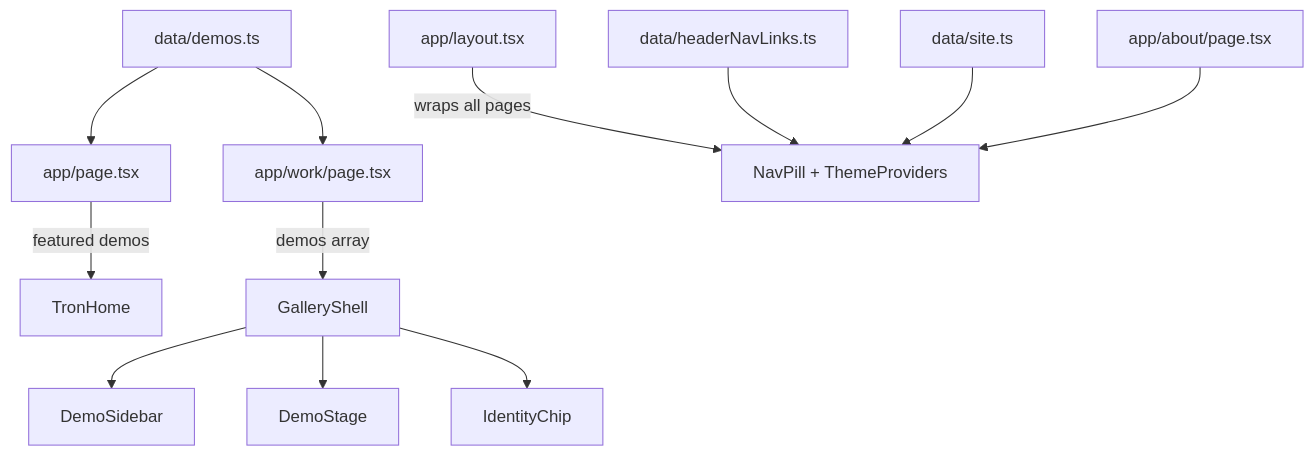
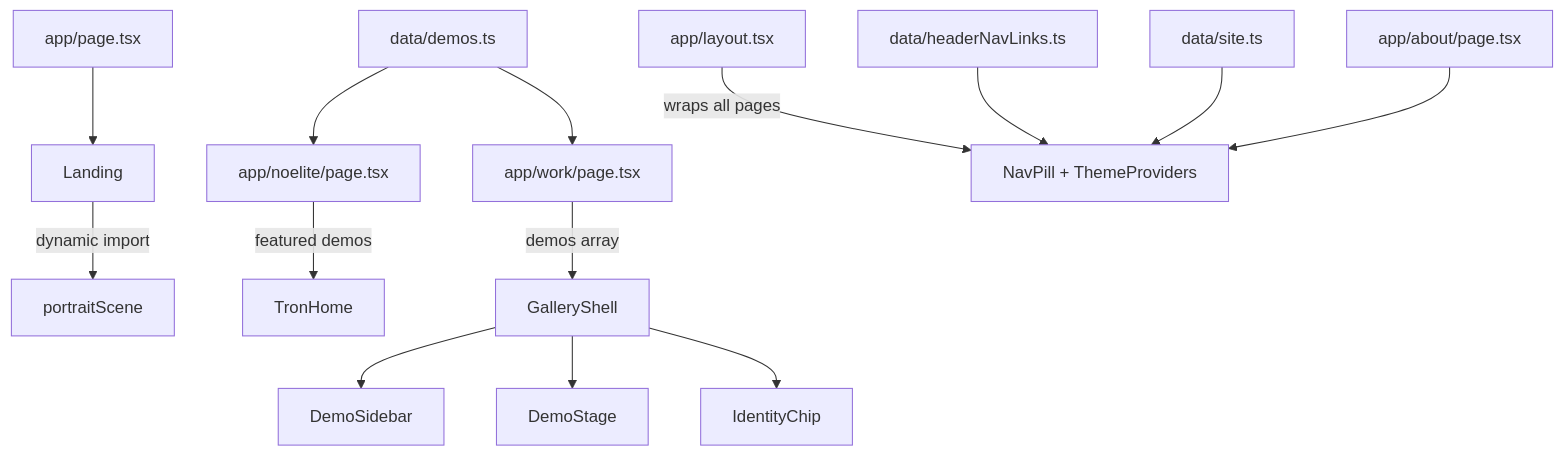
Before and after one commit to noowxela/portfolio: the diagram in docs/file-structure.md, drawn with Mermaid. The commit also changed other lines of this file and 8 other files, not shown here.

Commit message:
Home: soften the reveal photo edges, stop the trail pass sooner; docs for the new home and /noelite (SDD 029)

````diff
--- a/docs/file-structure.md
+++ b/docs/file-structure.md
@@ -27,14 +29,16 @@
 ```mermaid
 flowchart TD
-  A[app/page.tsx] -->|featured demos| B[TronHome]
+  A[app/page.tsx] --> H[Landing]
+  H -->|dynamic import| P[portraitScene]
+  N[app/noelite/page.tsx] -->|featured demos| B[TronHome]
   W[app/work/page.tsx] -->|demos array| Gallery[GalleryShell]
   C[app/layout.tsx] -->|wraps all pages| D[NavPill + ThemeProviders]
   Gallery --> E[DemoSidebar]
   Gallery --> F[DemoStage]
   Gallery --> Chip[IdentityChip]
-  I[data/demos.ts] --> A
+  I[data/demos.ts] --> N
   I --> W
   J[data/headerNavLinks.ts] --> D
   K[data/site.ts] --> D
   L[app/about/page.tsx] --> D
 ```
````
